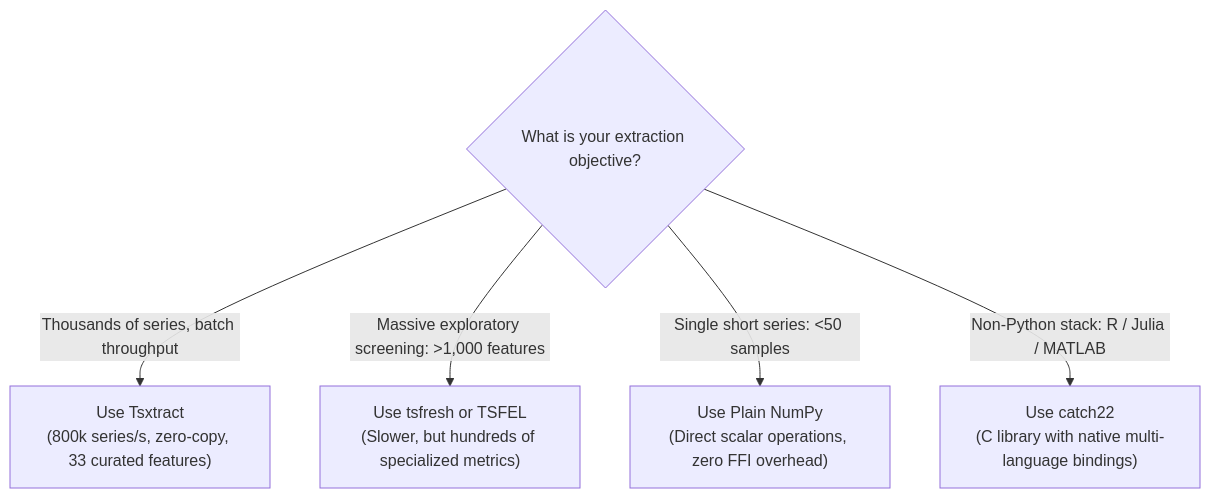
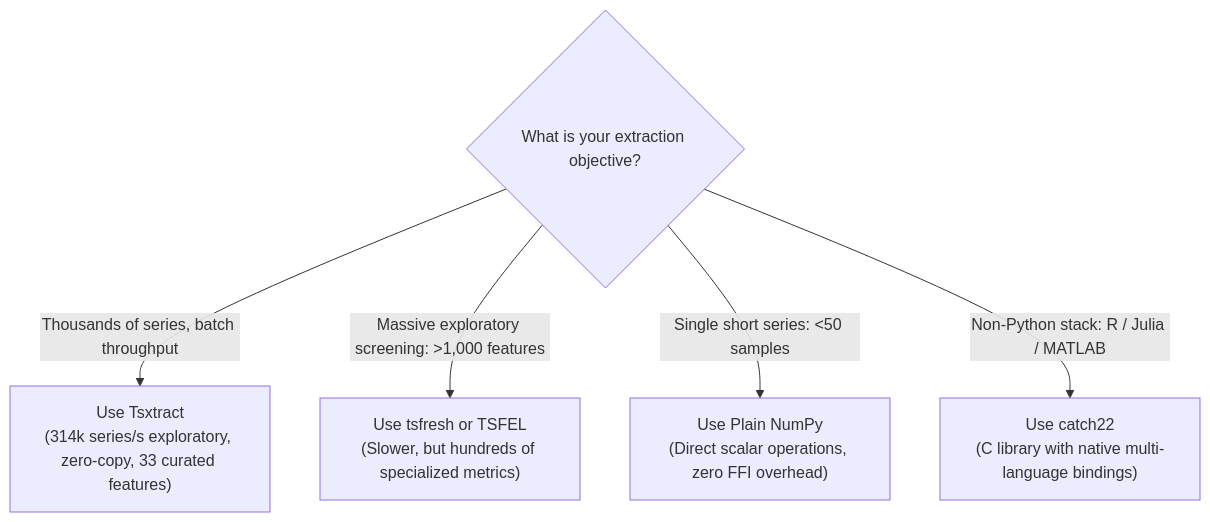
Before and after one commit to Aamodx6/Kymora: the diagram in landing/src/docs/content/introduction.md, drawn with Mermaid. The commit also changed other lines of this file and 12 other files, not shown here.

````diff
--- a/landing/src/docs/content/introduction.md
+++ b/landing/src/docs/content/introduction.md
@@ -101,9 +101,9 @@
 ```mermaid
 flowchart TD
     START{"What is your extraction objective?"}
     
-    START -->|Thousands of series, batch throughput| TSX["Use Tsxtract\n(800k series/s, zero-copy, 33 curated features)"]
+    START -->|Thousands of series, batch throughput| TSX["Use Tsxtract\n(314k series/s exploratory, zero-copy, 33 curated features)"]
     START -->|Massive exploratory screening: >1,000 features| TSF["Use tsfresh or TSFEL\n(Slower, but hundreds of specialized metrics)"]
     START -->|Single short series: <50 samples| NUM["Use Plain NumPy\n(Direct scalar operations, zero FFI overhead)"]
     START -->|Non-Python stack: R / Julia / MATLAB| C22["Use catch22\n(C library with native multi-language bindings)"]
 ```
````
